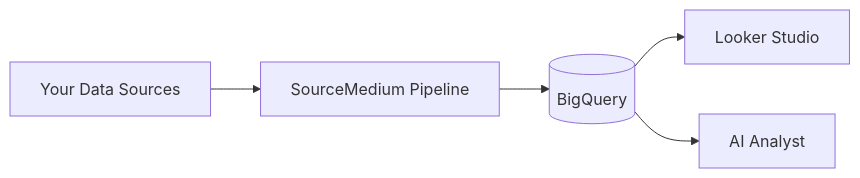
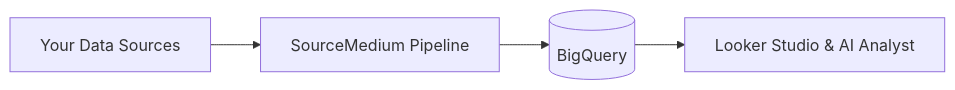
One commit to source-medium/sourcemedium-docs changed the diagram in ai-analyst/setup.mdx. Above: the diagram before and after it, drawn with Mermaid.

Commit message:
docs(ai-analyst): make diagram fully horizontal
Single line: Sources → Pipeline → BigQuery → Looker & AI Analyst

````diff
--- a/ai-analyst/setup.mdx
+++ b/ai-analyst/setup.mdx
@@ -12,7 +12,4 @@
 ```mermaid
 flowchart LR
-    A[Your Data Sources] --> B[SourceMedium Pipeline]
-    B --> C[(BigQuery)]
-    C --> D[Looker Studio]
-    C --> E[AI Analyst]
+    A[Your Data Sources] --> B[SourceMedium Pipeline] --> C[(BigQuery)] --> D[Looker Studio & AI Analyst]
 ```
````
